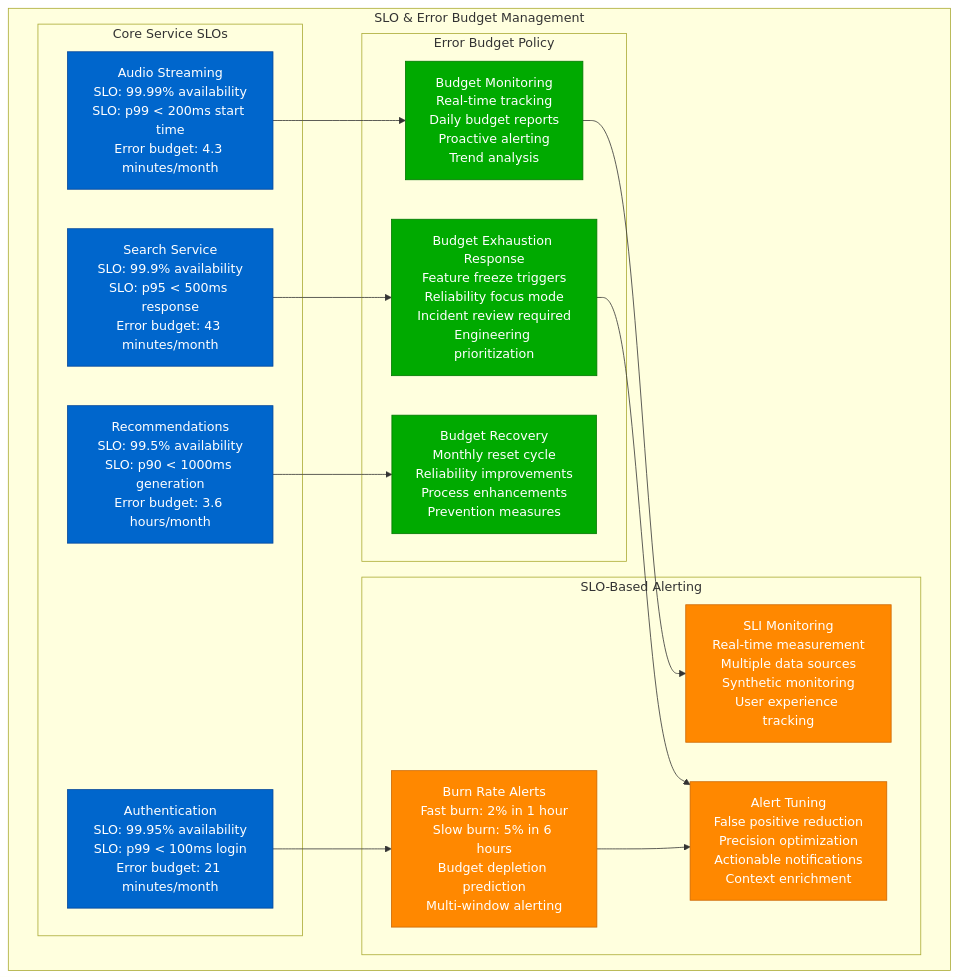
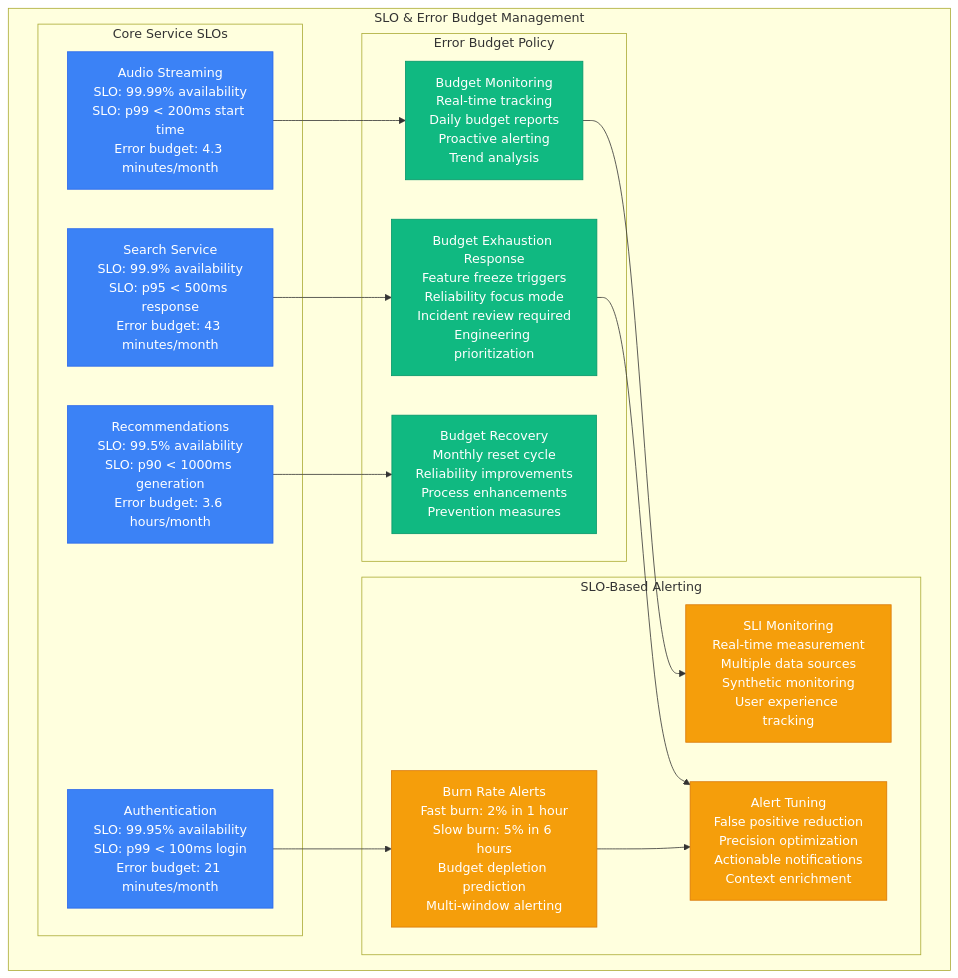
The fourth of 5 diagrams in site/docs/systems/spotify/production-operations.md (deepaucksharma/DS), drawn with Mermaid before and after one commit. The commit also changed other lines of this file and 303 other files, not shown here.

````diff
--- a/site/docs/systems/spotify/production-operations.md
+++ b/site/docs/systems/spotify/production-operations.md
@@ -271,47 +271,47 @@
 ```mermaid
 graph TB
     subgraph SLOManagement[SLO & Error Budget Management]
         subgraph CoreSLOs[Core Service SLOs]
             StreamingSLO[Audio Streaming<br/>SLO: 99.99% availability<br/>SLO: p99 < 200ms start time<br/>Error budget: 4.3 minutes/month]
 
             SearchSLO[Search Service<br/>SLO: 99.9% availability<br/>SLO: p95 < 500ms response<br/>Error budget: 43 minutes/month]
 
             RecommendationSLO[Recommendations<br/>SLO: 99.5% availability<br/>SLO: p90 < 1000ms generation<br/>Error budget: 3.6 hours/month]
 
             AuthSLO[Authentication<br/>SLO: 99.95% availability<br/>SLO: p99 < 100ms login<br/>Error budget: 21 minutes/month]
         end
 
         subgraph ErrorBudgetPolicy[Error Budget Policy]
             BudgetMonitoring[Budget Monitoring<br/>Real-time tracking<br/>Daily budget reports<br/>Proactive alerting<br/>Trend analysis]
 
             BudgetExhaustion[Budget Exhaustion Response<br/>Feature freeze triggers<br/>Reliability focus mode<br/>Incident review required<br/>Engineering prioritization]
 
             BudgetRecovery[Budget Recovery<br/>Monthly reset cycle<br/>Reliability improvements<br/>Process enhancements<br/>Prevention measures]
         end
 
         subgraph AlertingStrategy[SLO-Based Alerting]
             BurnRateAlerts[Burn Rate Alerts<br/>Fast burn: 2% in 1 hour<br/>Slow burn: 5% in 6 hours<br/>Budget depletion prediction<br/>Multi-window alerting]
 
             SLIMonitoring[SLI Monitoring<br/>Real-time measurement<br/>Multiple data sources<br/>Synthetic monitoring<br/>User experience tracking]
 
             AlertTuning[Alert Tuning<br/>False positive reduction<br/>Precision optimization<br/>Actionable notifications<br/>Context enrichment]
         end
     end
 
     StreamingSLO --> BudgetMonitoring
     SearchSLO --> BudgetExhaustion
     RecommendationSLO --> BudgetRecovery
     AuthSLO --> BurnRateAlerts
 
     BudgetMonitoring --> SLIMonitoring
     BudgetExhaustion --> AlertTuning
     BurnRateAlerts --> AlertTuning
 
-    classDef sloStyle fill:#0066CC,stroke:#004499,color:#fff
-    classDef budgetStyle fill:#00AA00,stroke:#007700,color:#fff
-    classDef alertStyle fill:#FF8800,stroke:#CC6600,color:#fff
+    classDef sloStyle fill:#3B82F6,stroke:#2563EB,color:#fff
+    classDef budgetStyle fill:#10B981,stroke:#059669,color:#fff
+    classDef alertStyle fill:#F59E0B,stroke:#D97706,color:#fff
 
     class StreamingSLO,SearchSLO,RecommendationSLO,AuthSLO sloStyle
     class BudgetMonitoring,BudgetExhaustion,BudgetRecovery budgetStyle
     class BurnRateAlerts,SLIMonitoring,AlertTuning alertStyle
 ```
````
